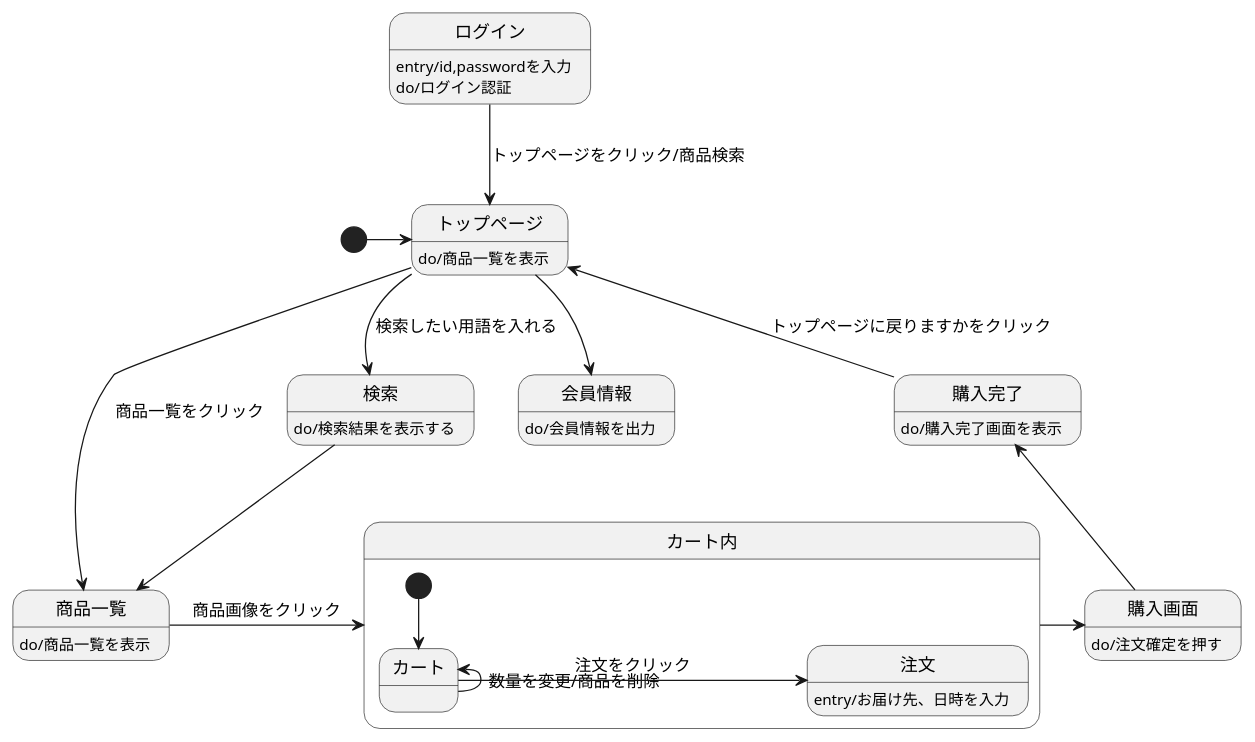
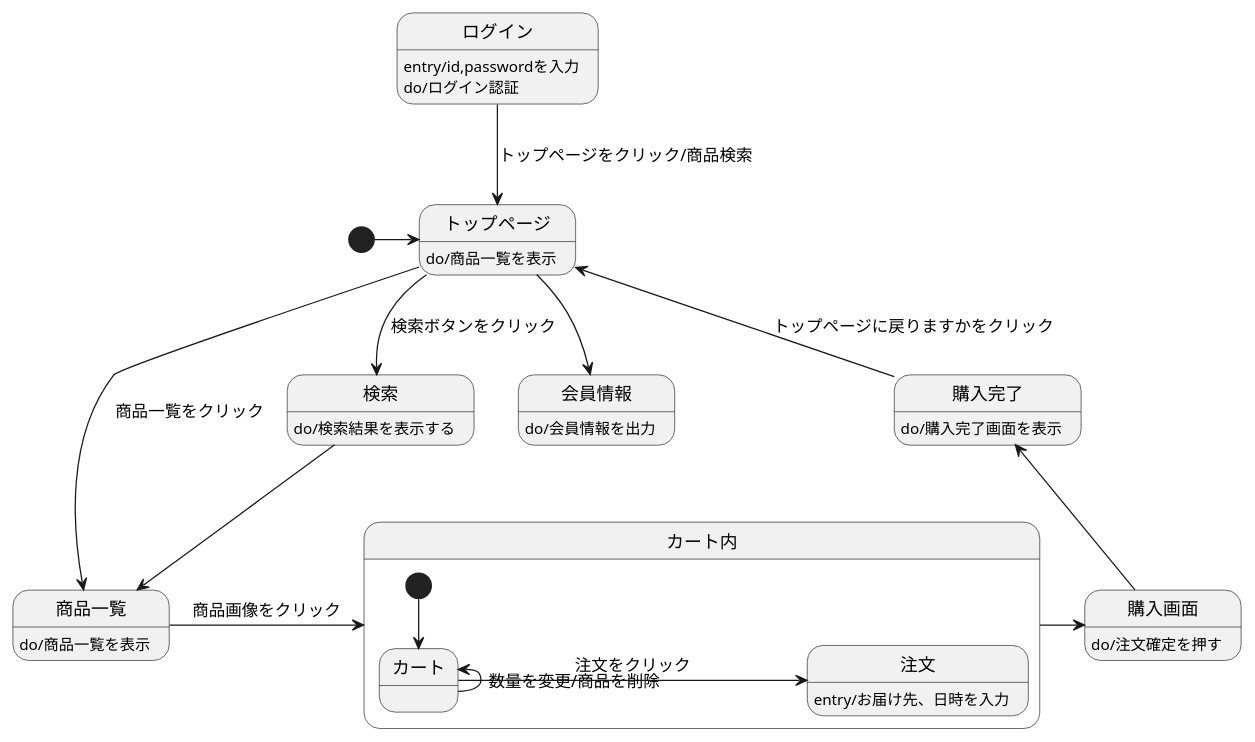
One commit to Aso2001224/2021sys-design changed the diagram in 画面遷移図(original).md. Above: the diagram before and after it, drawn with PlantUML.

````diff
--- a/画面遷移図(original).md
+++ b/画面遷移図(original).md
@@ -1,27 +1,27 @@
 ```uml
 @startuml
 [*]->トップページ
 トップページ:do/商品一覧を表示
 ログイン-->トップページ:トップページをクリック/商品検索
 ログイン:entry/id,passwordを入力
 ログイン:do/ログイン認証
 トップページ-->会員情報
 会員情報:do/会員情報を出力
-トップページ-->検索 :検索したい用語を入れる
+トップページ-->検索 :検索ボタンをクリック
 検索:do/検索結果を表示する
 トップページ-->商品一覧 :商品一覧をクリック
 検索-->商品一覧
 商品一覧:do/商品一覧を表示
 商品一覧-right->カート内: 商品画像をクリック
 カート内-right-> 購入画面
 購入画面:do/注文確定を押す
 購入画面-up->購入完了
 購入完了:do/購入完了画面を表示
 購入完了-up->トップページ: トップページに戻りますかをクリック
 state カート内{
 [*]--> カート
 カート-up->カート: 数量を変更/商品を削除
 カート-right-> 注文: 注文をクリック
 注文:entry/お届け先、日時を入力
 @enduml
 ```
````
